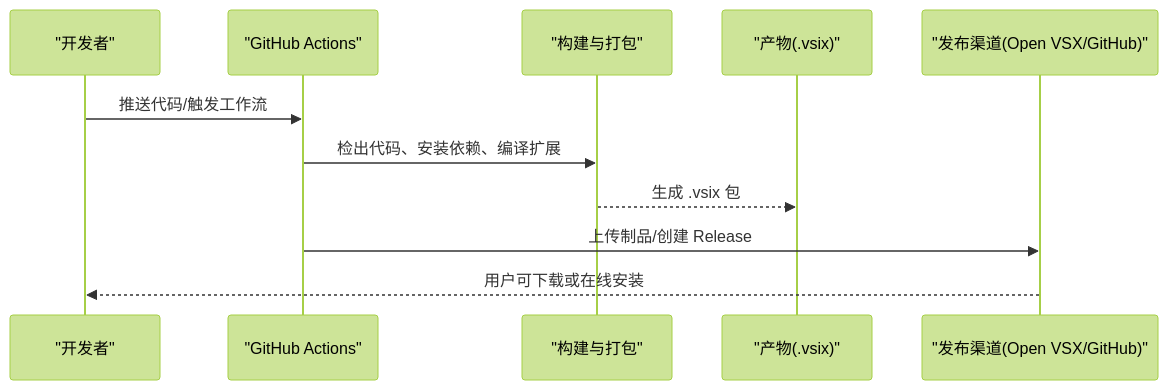
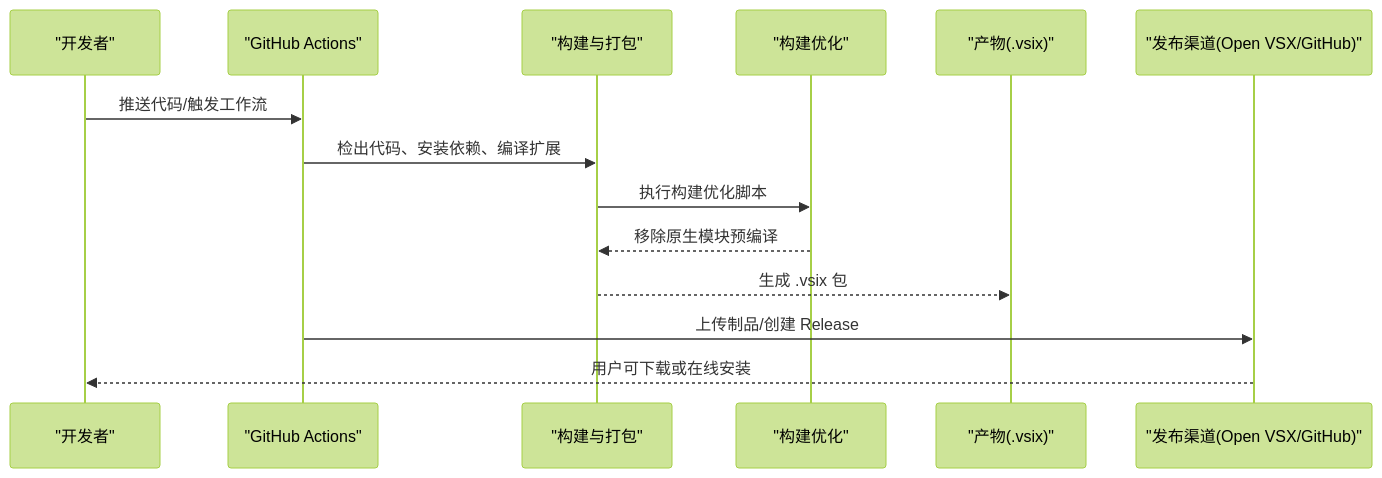
One commit to sofate798/KodrixCode changed the second of 9 diagrams in .qoder/repowiki/zh/content/扩展开发/打包与分发.md. Above: the diagram before and after it, drawn with Mermaid (forest theme). The commit also changed other lines of this file and 1661 other files, not shown here.

````diff
--- a/.qoder/repowiki/zh/content/扩展开发/打包与分发.md
+++ b/.qoder/repowiki/zh/content/扩展开发/打包与分发.md
@@ -80,13 +100,16 @@
 ```mermaid
 sequenceDiagram
 participant Dev as "开发者"
 participant GH as "GitHub Actions"
 participant Build as "构建与打包"
+participant Optimize as "构建优化"
 participant Artifacts as "产物(.vsix)"
 participant Market as "发布渠道(Open VSX/GitHub)"
 Dev->>GH : 推送代码/触发工作流
 GH->>Build : 检出代码、安装依赖、编译扩展
+Build->>Optimize : 执行构建优化脚本
+Optimize-->>Build : 移除原生模块预编译
 Build-->>Artifacts : 生成 .vsix 包
 GH->>Market : 上传制品/创建 Release
 Market-->>Dev : 用户可下载或在线安装
 ```
````
